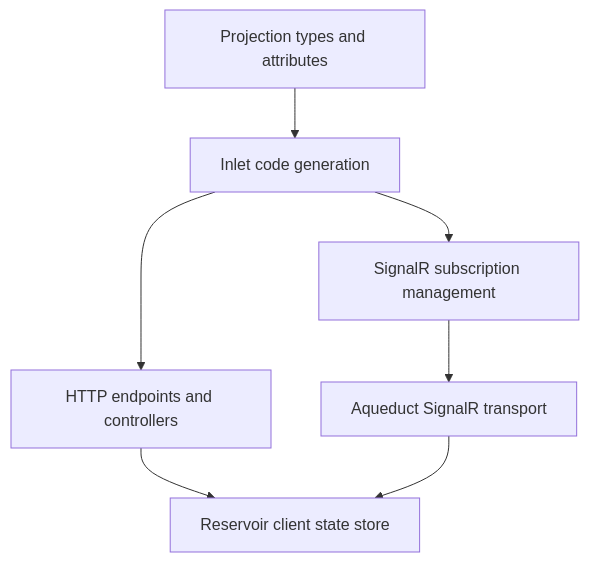
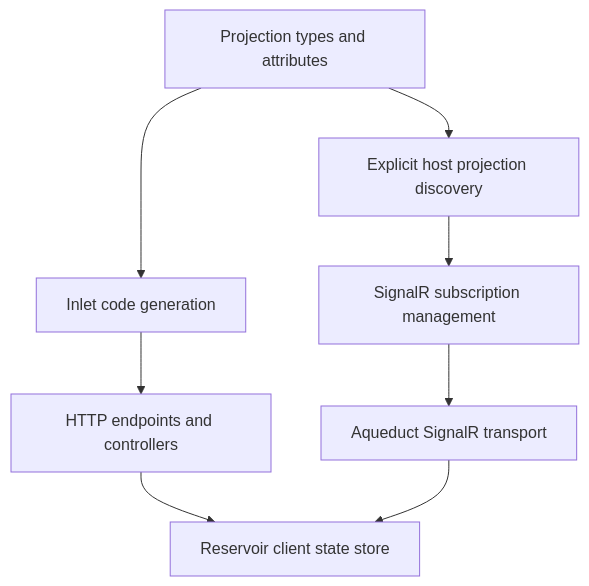
The second of 2 diagrams in docs/Docusaurus/docs/concepts/architectural-model.md (Gibbs-Morris/mississippi), drawn with Mermaid before and after one commit. The commit also changed other lines of this file and 4 other files, not shown here.

````diff
--- a/docs/Docusaurus/docs/concepts/architectural-model.md
+++ b/docs/Docusaurus/docs/concepts/architectural-model.md
@@ -56,9 +56,10 @@
 ```mermaid
 flowchart TB
     P[Projection types and attributes] --> IN[Inlet code generation]
     IN --> HTTP[HTTP endpoints and controllers]
-    IN --> SUB[SignalR subscription management]
+    P --> CFG[Explicit host projection discovery]
+    CFG --> SUB[SignalR subscription management]
     SUB --> AQ[Aqueduct SignalR transport]
     HTTP --> RS[Reservoir client state store]
     AQ --> RS
 ```
````
